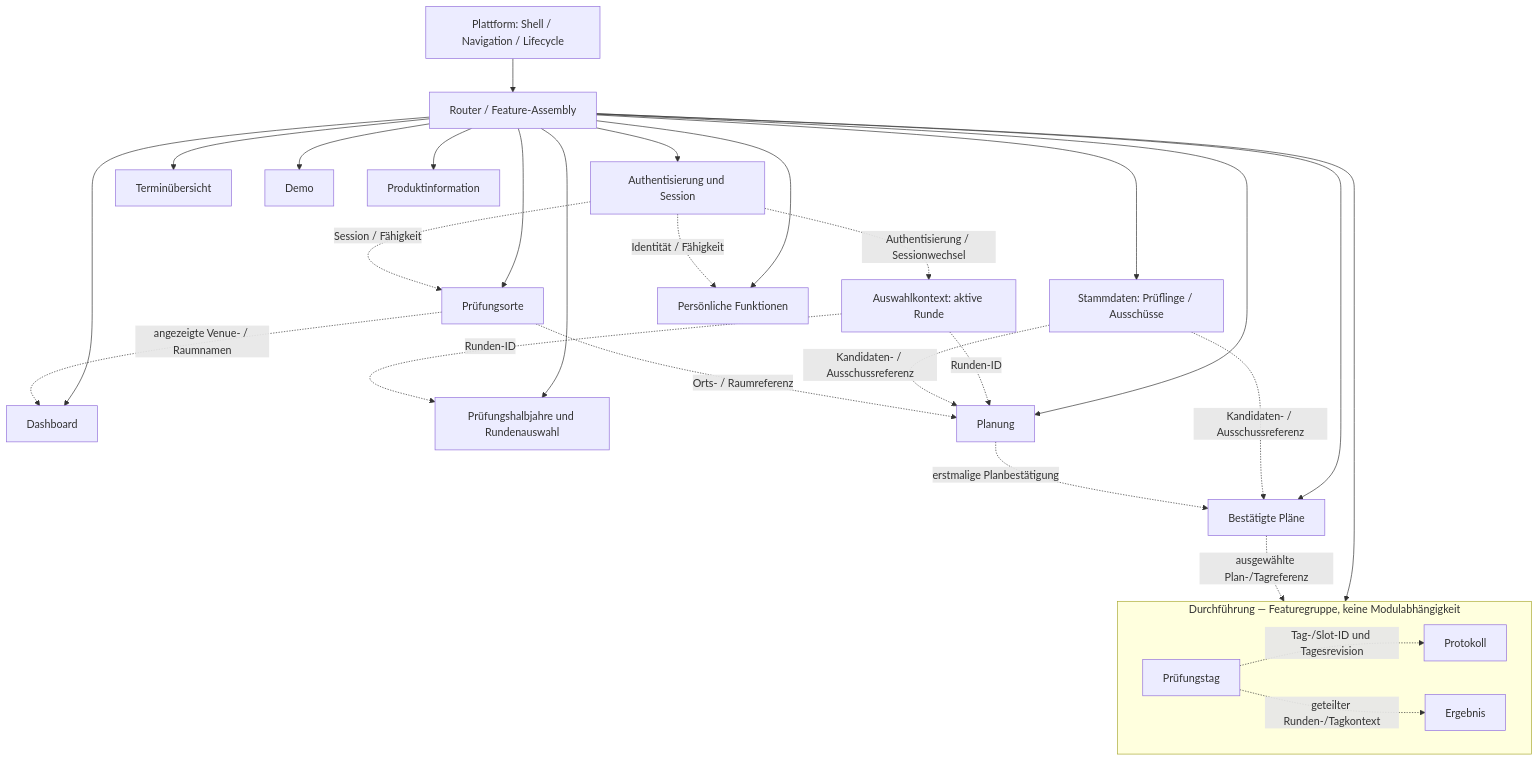
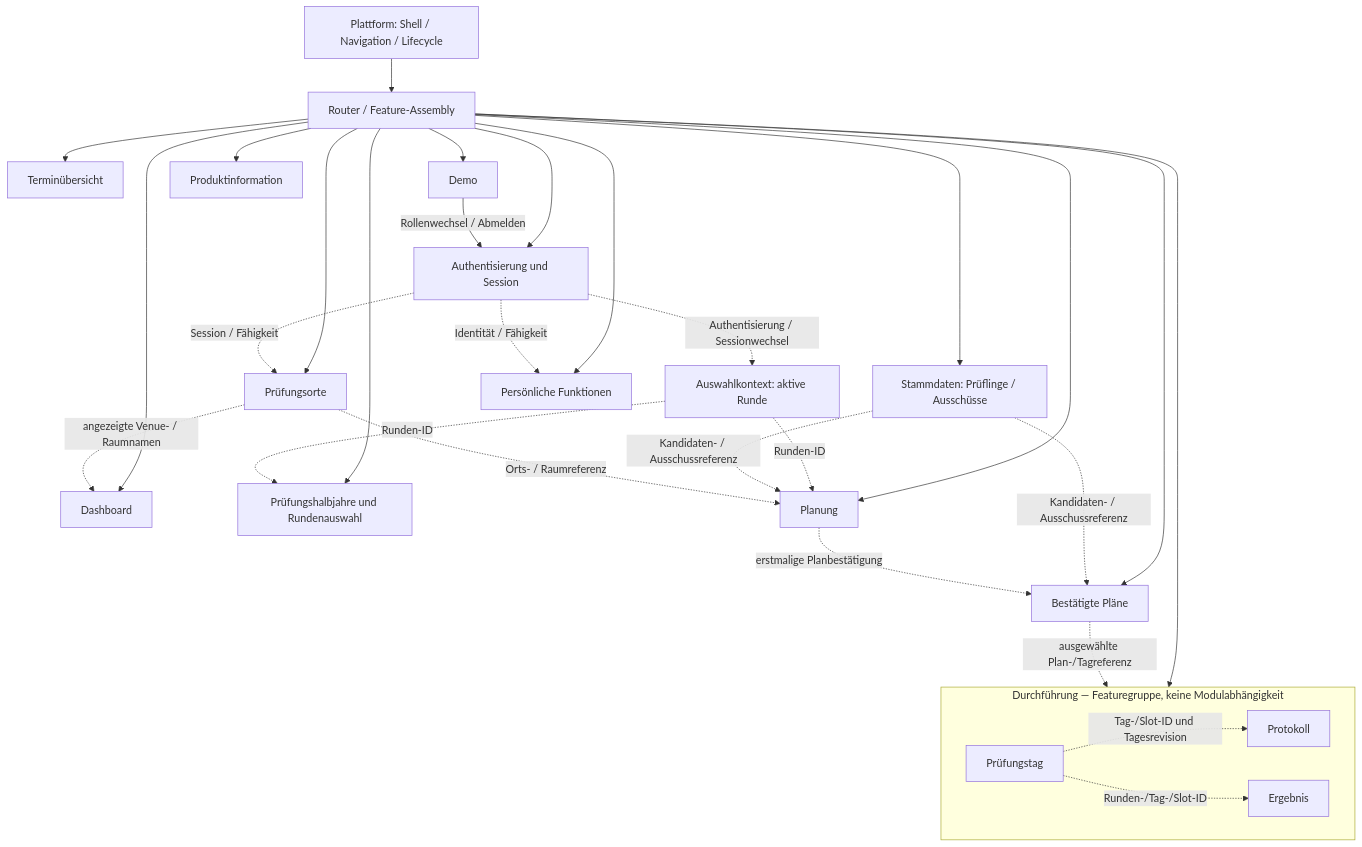
One commit to lxndrp/lzug changed the first of 4 diagrams in docs/developers/frontend-architecture-contract.md. Above: the diagram before and after it, drawn with Mermaid. The commit also changed other lines of this file, not shown here.

````diff
--- a/docs/developers/frontend-architecture-contract.md
+++ b/docs/developers/frontend-architecture-contract.md
@@ -43,49 +43,50 @@
 ```mermaid
 flowchart TB
   Platform[Plattform: Shell / Navigation / Lifecycle]
   Auth[Authentisierung und Session]
   Selection[Auswahlkontext: aktive Runde]
   Dashboard[Dashboard]
   Overview[Terminübersicht]
   ConfirmedPlans[Bestätigte Pläne]
   Master[Stammdaten: Prüflinge / Ausschüsse]
   HalfYears[Prüfungshalbjahre und Rundenauswahl]
   Locations[Prüfungsorte]
   Planning[Planung]
   subgraph Execution["Durchführung — Featuregruppe, keine Modulabhängigkeit"]
     direction LR
     Day[Prüfungstag]
     Protocol[Protokoll]
     Result[Ergebnis]
   end
   Personal[Persönliche Funktionen]
   Demo[Demo]
   Product[Produktinformation]
   Router[Router / Feature-Assembly]
   Platform --> Router
   Router --> Auth
   Router --> Dashboard
   Router --> Overview
   Router --> ConfirmedPlans
   Router --> Day
   Router --> Master
   Router --> HalfYears
   Router --> Locations
   Router --> Planning
   Router --> Personal
   Router --> Demo
   Router --> Product
   Auth -. Identität / Fähigkeit .-> Personal
+  Demo -->|Rollenwechsel / Abmelden| Auth
   Auth -. Session / Fähigkeit .-> Locations
   Auth -. Authentisierung / Sessionwechsel .-> Selection
   Selection -. Runden-ID .-> Planning
   Selection -. Runden-ID .-> HalfYears
   Master -. Kandidaten- / Ausschussreferenz .-> Planning
   Master -. Kandidaten- / Ausschussreferenz .-> ConfirmedPlans
   Locations -. angezeigte Venue- / Raumnamen .-> Dashboard
   Locations -. Orts- / Raumreferenz .-> Planning
   Planning -. erstmalige Planbestätigung .-> ConfirmedPlans
   ConfirmedPlans -. ausgewählte Plan-/Tagreferenz .-> Day
   Day -. Tag-/Slot-ID und Tagesrevision .-> Protocol
-  Day -. geteilter Runden-/Tagkontext .-> Result
+  Day -. Runden-/Tag-/Slot-ID .-> Result
 ```
````
